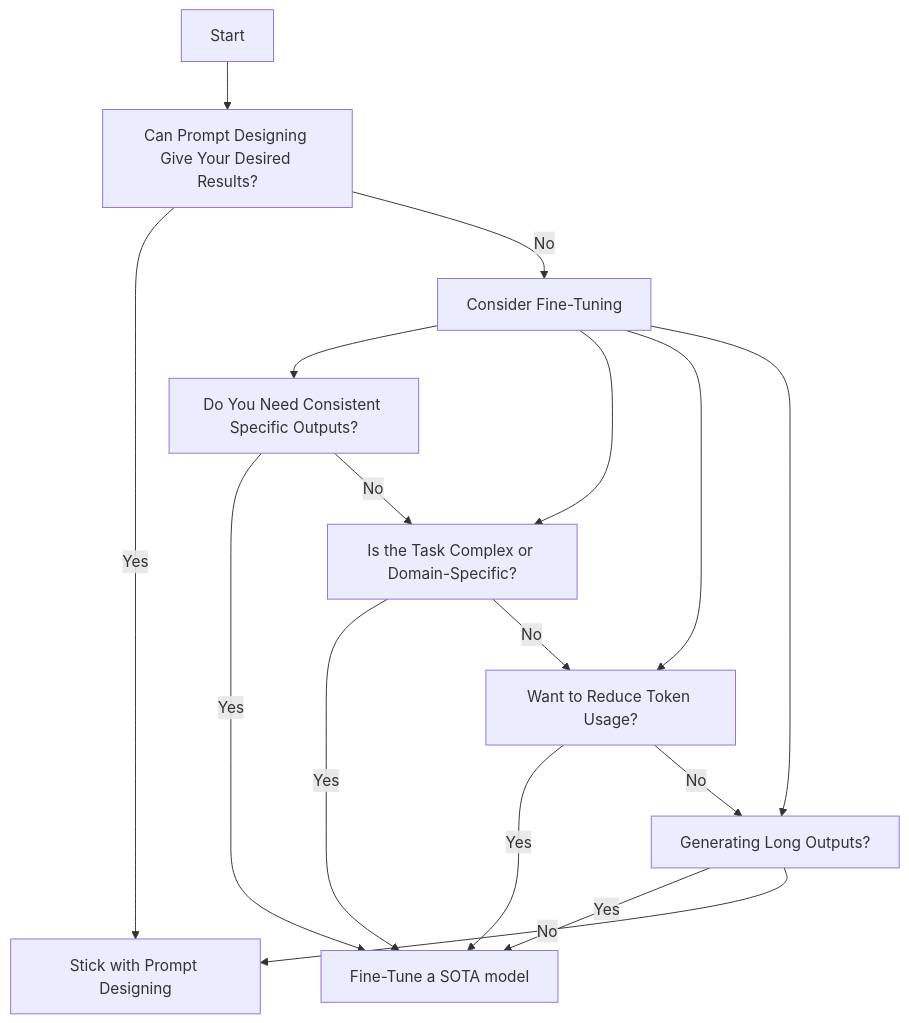
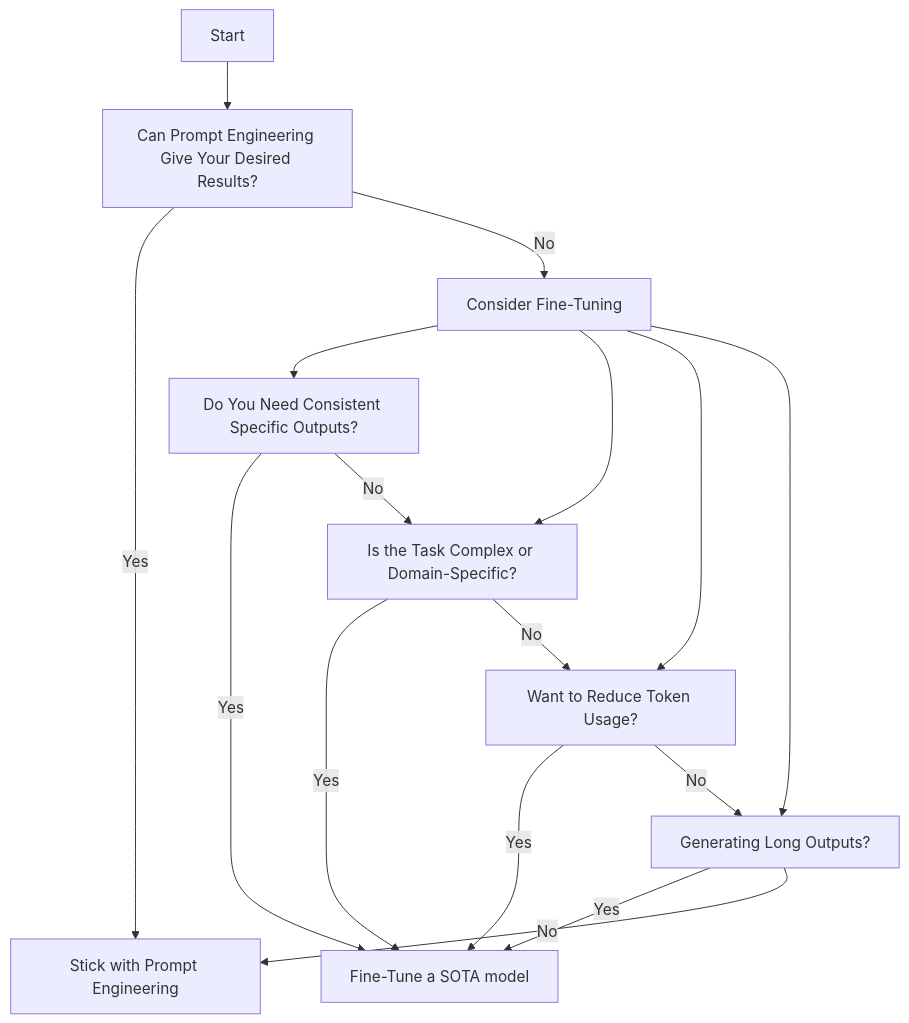
One commit to aiengineeringforgrandmas/gemini-prompt-engineer-toolkit changed the second of 2 diagrams in docs/why-fine-tune-an-llm.md. Above: the diagram before and after it, drawn with Mermaid.

````diff
--- a/docs/why-fine-tune-an-llm.md
+++ b/docs/why-fine-tune-an-llm.md
@@ -16,25 +16,25 @@
 ```mermaid
 graph TD
-    A[Start] --> B[Can Prompt Designing Give Your Desired Results?]
+    A[Start] --> B[Can Prompt Engineering Give Your Desired Results?]
     
-    B --> |Yes| C[Stick with Prompt Designing]
+    B --> |Yes| C[Stick with Prompt Engineering]
     B --> |No| D[Consider Fine-Tuning]
 
     D --> E[Do You Need Consistent Specific Outputs?]
     D --> F[Is the Task Complex or Domain-Specific?]
     D --> G[Want to Reduce Token Usage?]
     D --> H[Generating Long Outputs?]
 
     E --> |Yes| I[Fine-Tune for Consistency]
     E --> |No| F
 
     F --> |Yes| I[Fine-Tune for Complexity]
     F --> |No| G
 
     G --> |Yes| I[Fine-Tune for Efficiency]
     G --> |No| H
 
     H --> |Yes| I[Fine-Tune a SOTA model]
     H --> |No| C
 
 ```
````
